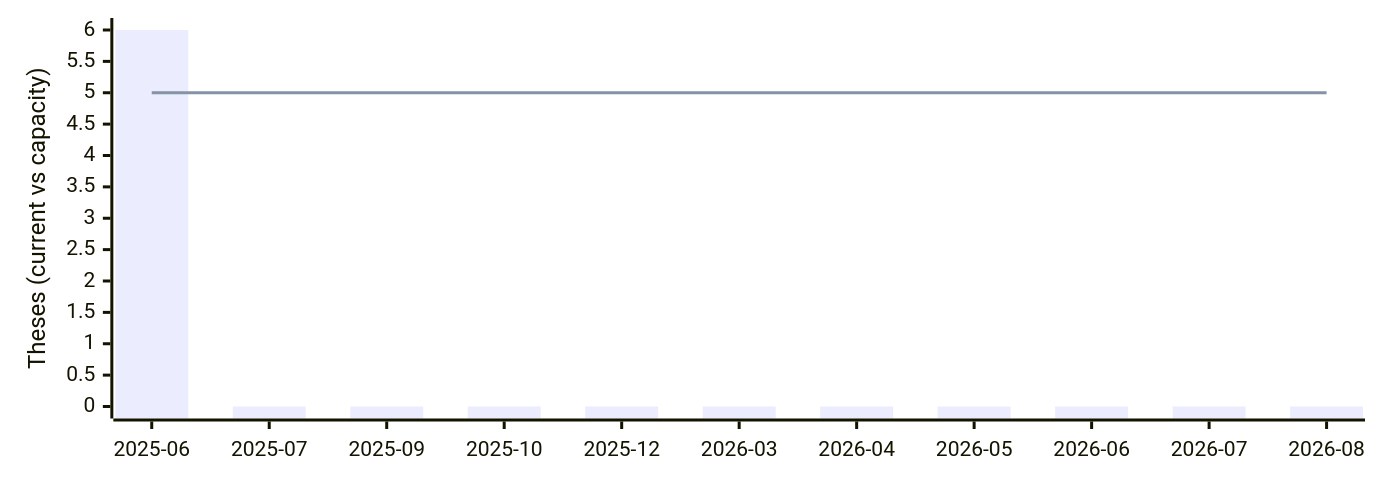
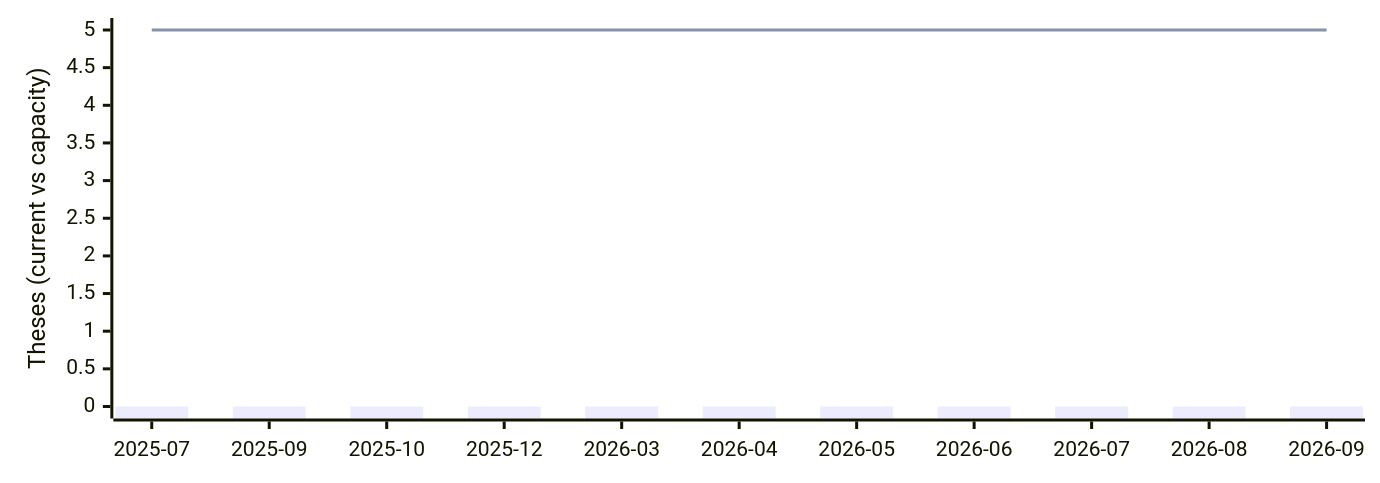
Before and after one commit to fs-ise/theses: the diagram in _includes/availability.md, drawn with Mermaid.

Commit message:
Update availability chart

````diff
--- a/_includes/availability.md
+++ b/_includes/availability.md
@@ -2,13 +2,13 @@
 ```mermaid
 ---
 config:
     xyChart:
         width: 900
         height: 300
 ---
 xychart-beta
-    x-axis [2025-06, 2025-07, 2025-09, 2025-10, 2025-12, 2026-03, 2026-04, 2026-05, 2026-06, 2026-07, 2026-08]
-    y-axis "Theses (current vs capacity)" 0 --> 6
-    bar [6, 0, 0, 0, 0, 0, 0, 0, 0, 0, 0]
+    x-axis [2025-07, 2025-09, 2025-10, 2025-12, 2026-03, 2026-04, 2026-05, 2026-06, 2026-07, 2026-08, 2026-09]
+    y-axis "Theses (current vs capacity)" 0 --> 5
+    bar [0, 0, 0, 0, 0, 0, 0, 0, 0, 0, 0]
     line [5, 5, 5, 5, 5, 5, 5, 5, 5, 5, 5]
 ```
````
